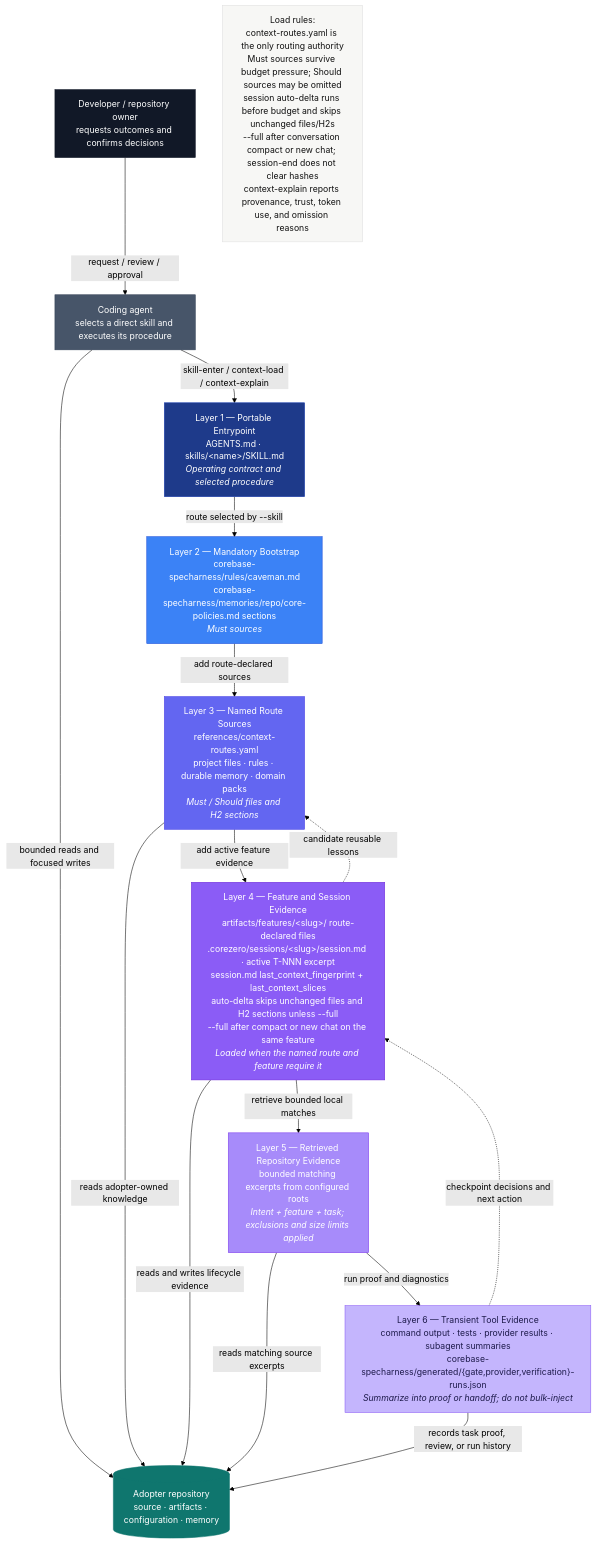
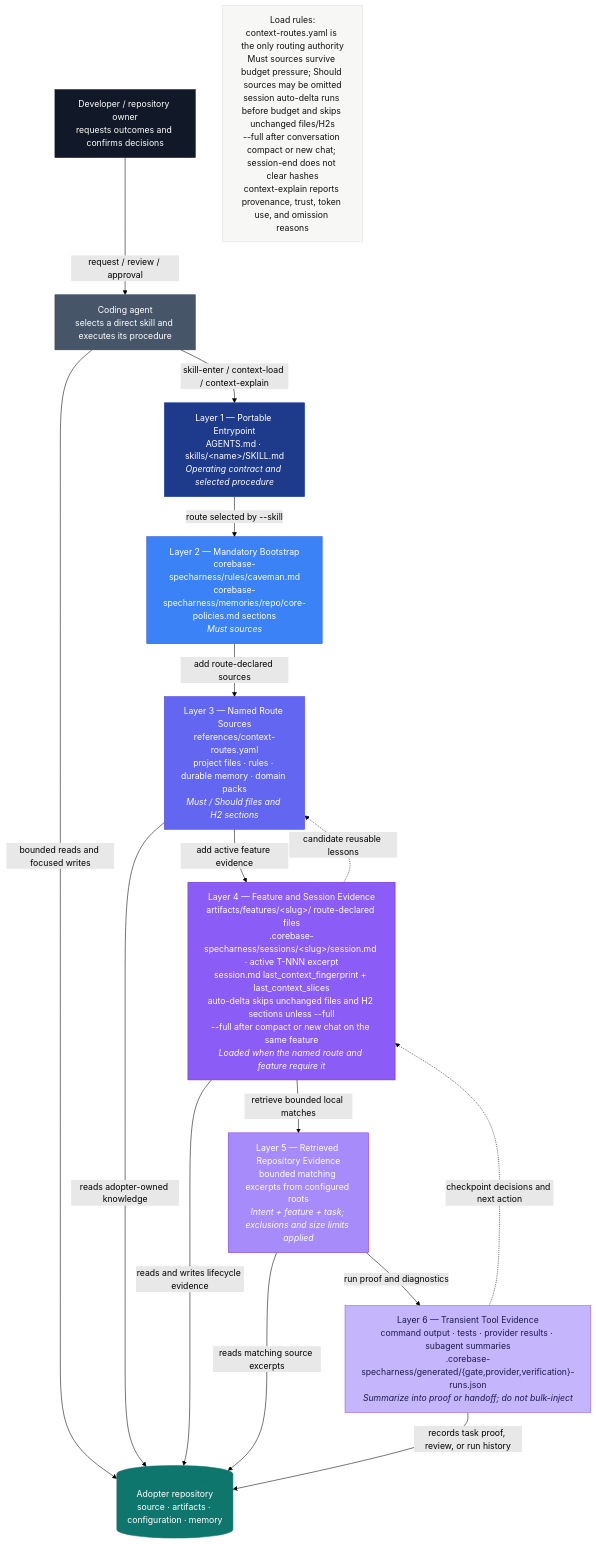
The diagram in documents/diagrams/source/architecture/context-stack.mmd (thaihai-swe/corebase-specharness), drawn with Mermaid (forest theme) before and after one commit. The commit also changed 50 other files, not shown here.

First line of the commit message:
Refactor session directory structure from `.corezero` to `.corebase-specharness`

```diff
--- a/documents/diagrams/source/architecture/context-stack.mmd
+++ b/documents/diagrams/source/architecture/context-stack.mmd
@@ -1,51 +1,51 @@
 flowchart TB
     %% CoreBase SpecHarness Context Stack — implementation authority:
     %% ARCHITECTURE.md §3.2, context_engine.py, context-routes.yaml, harness-config.yaml
     %% Palette: documents/diagrams/source/_shared/palette.md
 
     DEV["Developer / repository owner<br/>requests outcomes and confirms decisions"]:::actor
     AGENT["Coding agent<br/>selects a direct skill and executes its procedure"]:::agent
     REPO[("Adopter repository<br/>source · artifacts · configuration · memory")]:::repository
 
     DEV -->|request / review / approval| AGENT
     AGENT -->|bounded reads and focused writes| REPO
 
     T1["Layer 1 — Portable Entrypoint<br/>AGENTS.md · skills/&lt;name&gt;/SKILL.md<br/><em>Operating contract and selected procedure</em>"]:::t1
     T2["Layer 2 — Mandatory Bootstrap<br/>corebase-specharness/rules/caveman.md<br/>corebase-specharness/memories/repo/core-policies.md sections<br/><em>Must sources</em>"]:::t2
     T3["Layer 3 — Named Route Sources<br/>references/context-routes.yaml<br/>project files · rules · durable memory · domain packs<br/><em>Must / Should files and H2 sections</em>"]:::t3
-    T4["Layer 4 — Feature and Session Evidence<br/>artifacts/features/&lt;slug&gt;/ route-declared files<br/>.corezero/sessions/&lt;slug&gt;/session.md · active T-NNN excerpt<br/>session.md last_context_fingerprint + last_context_slices<br/>auto-delta skips unchanged files and H2 sections unless --full<br/>--full after compact or new chat on the same feature<br/><em>Loaded when the named route and feature require it</em>"]:::t4
+    T4["Layer 4 — Feature and Session Evidence<br/>artifacts/features/&lt;slug&gt;/ route-declared files<br/>.corebase-specharness/sessions/&lt;slug&gt;/session.md · active T-NNN excerpt<br/>session.md last_context_fingerprint + last_context_slices<br/>auto-delta skips unchanged files and H2 sections unless --full<br/>--full after compact or new chat on the same feature<br/><em>Loaded when the named route and feature require it</em>"]:::t4
     T5["Layer 5 — Retrieved Repository Evidence<br/>bounded matching excerpts from configured roots<br/><em>Intent + feature + task; exclusions and size limits applied</em>"]:::t5
-    T6["Layer 6 — Transient Tool Evidence<br/>command output · tests · provider results · subagent summaries<br/>corebase-specharness/generated/{gate,provider,verification}-runs.json<br/><em>Summarize into proof or handoff; do not bulk-inject</em>"]:::t6
+    T6["Layer 6 — Transient Tool Evidence<br/>command output · tests · provider results · subagent summaries<br/>.corebase-specharness/generated/{gate,provider,verification}-runs.json<br/><em>Summarize into proof or handoff; do not bulk-inject</em>"]:::t6
 
     T1 -->|route selected by --skill| T2
     T2 -->|add route-declared sources| T3
     T3 -->|add active feature evidence| T4
     T4 -->|retrieve bounded local matches| T5
     T5 -->|run proof and diagnostics| T6
 
     AGENT -->|skill-enter / context-load / context-explain| T1
     T3 -->|reads adopter-owned knowledge| REPO
     T4 -->|reads and writes lifecycle evidence| REPO
     T5 -->|reads matching source excerpts| REPO
     T6 -->|records task proof, review, or run history| REPO
 
     T6 -.->|checkpoint decisions and next action| T4
     T4 -.->|candidate reusable lessons| T3
 
     LOAD["Load rules:<br/>context-routes.yaml is the only routing authority<br/>Must sources survive budget pressure; Should sources may be omitted<br/>session auto-delta runs before budget and skips unchanged files/H2s<br/>--full after conversation compact or new chat; session-end does not clear hashes<br/>context-explain reports provenance, trust, token use, and omission reasons"]:::note
 
     classDef default fill:#f7f7f5,stroke:#e0e0e0,color:#111
     classDef t1 fill:#1e3a8a,stroke:#1e40af,color:#fff
     classDef t2 fill:#3b82f6,stroke:#1d4ed8,color:#fff
     classDef t3 fill:#6366f1,stroke:#4f46e5,color:#fff
     classDef t4 fill:#8b5cf6,stroke:#6d28d9,color:#fff
     classDef t5 fill:#a78bfa,stroke:#7c3aed,color:#fff
     classDef t6 fill:#c4b5fd,stroke:#8b5cf6,color:#1e1b4b
     classDef note fill:#f7f7f5,stroke:#e0e0e0,color:#111
     classDef actor fill:#111827,stroke:#111827,color:#fff
     classDef agent fill:#475569,stroke:#334155,color:#fff
     classDef repository fill:#0f766e,stroke:#0f766e,color:#fff
 
     class DEV actor
     class AGENT agent
     class REPO repository
```
